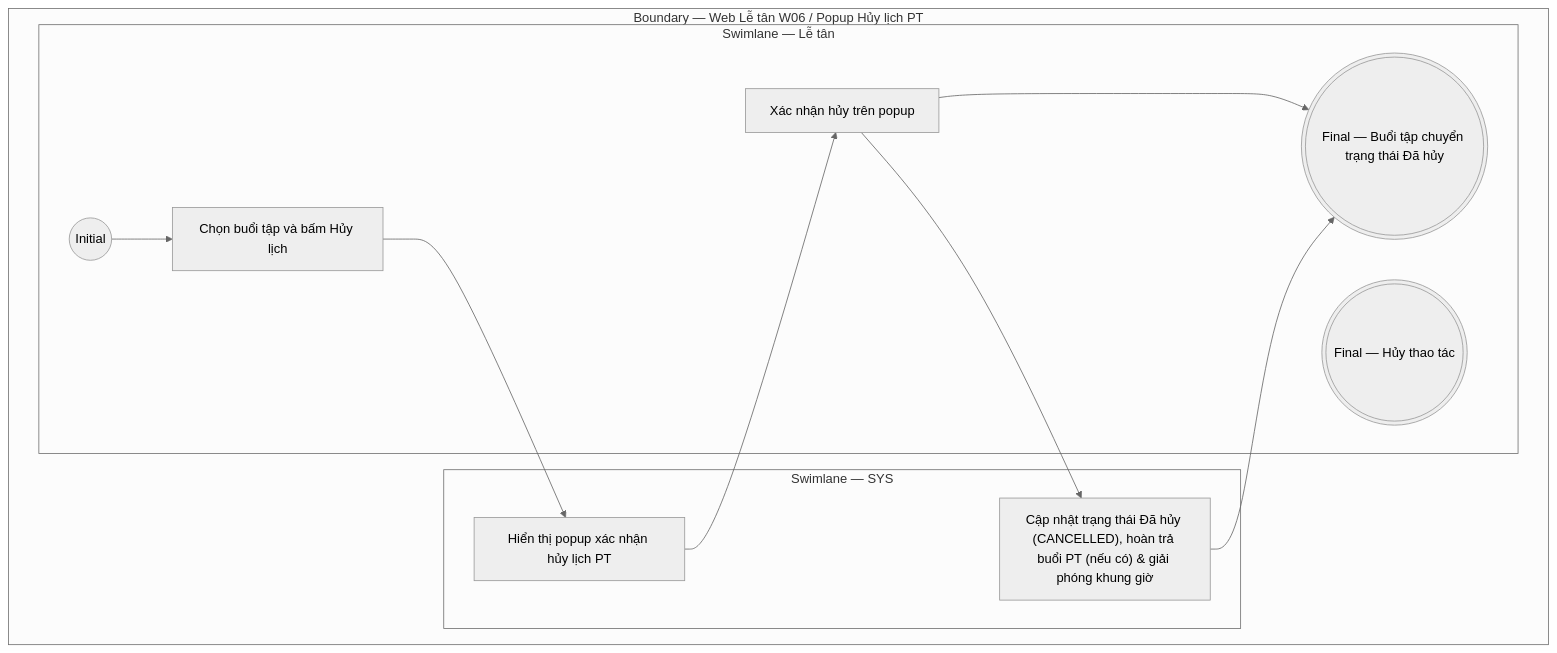
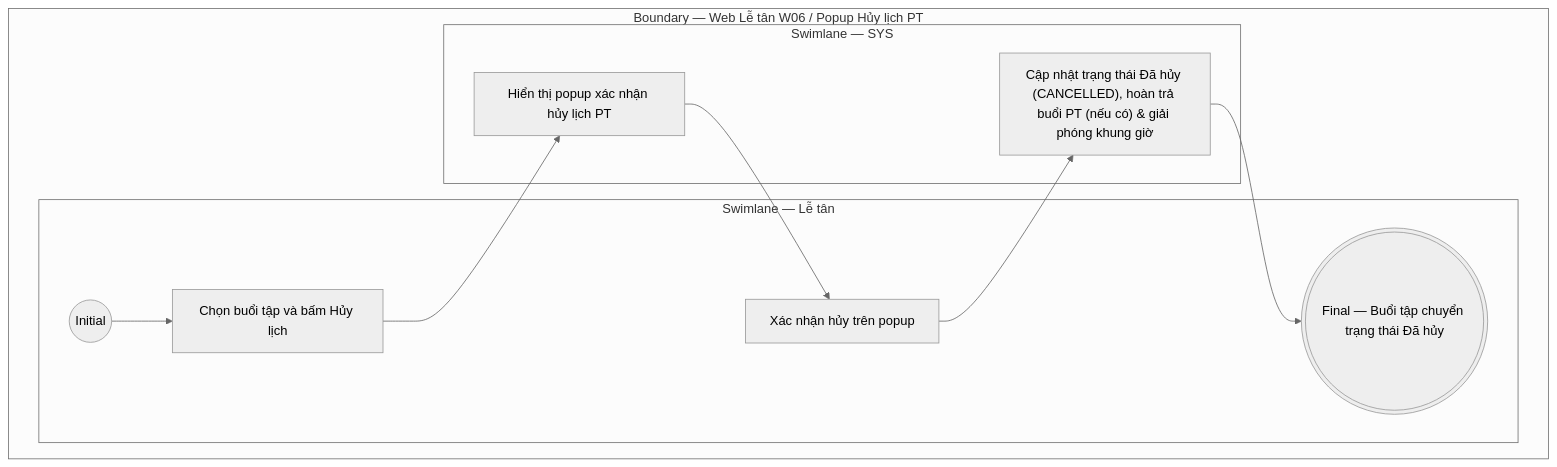
The diagram in docs/user-stories/le-tan/LT-W06-Lịch tập & buổi PT/LT-W06-US04-Hủy lịch PT.md (ThachY-23120411/Paradise-Gym-v2), drawn with Mermaid (neutral theme) before and after one commit. The commit also changed 5 other files, not shown here.

````diff
--- a/docs/user-stories/le-tan/LT-W06-Lịch tập & buổi PT/LT-W06-US04-Hủy lịch PT.md
+++ b/docs/user-stories/le-tan/LT-W06-Lịch tập & buổi PT/LT-W06-US04-Hủy lịch PT.md
@@ -34,19 +34,17 @@
 ```mermaid
 flowchart TB
   subgraph B["Boundary — Web Lễ tân W06 / Popup Hủy lịch PT"]
     subgraph L0["Swimlane — Lễ tân"]
       I01(("Initial"))
       A01["Chọn buổi tập và bấm Hủy lịch"]
       A02["Xác nhận hủy trên popup"]
       F01((("Final — Buổi tập chuyển trạng thái Đã hủy")))
-      F02((("Final — Hủy thao tác")))
       I01 --> A01
-      A02 --> F01
     end
     subgraph L1["Swimlane — SYS"]
       S01["Hiển thị popup xác nhận hủy lịch PT"]
       S02["Cập nhật trạng thái Đã hủy (CANCELLED), hoàn trả buổi PT (nếu có) & giải phóng khung giờ"]
       A01 --> S01 --> A02 --> S02 --> F01
     end
   end
 ```
````
